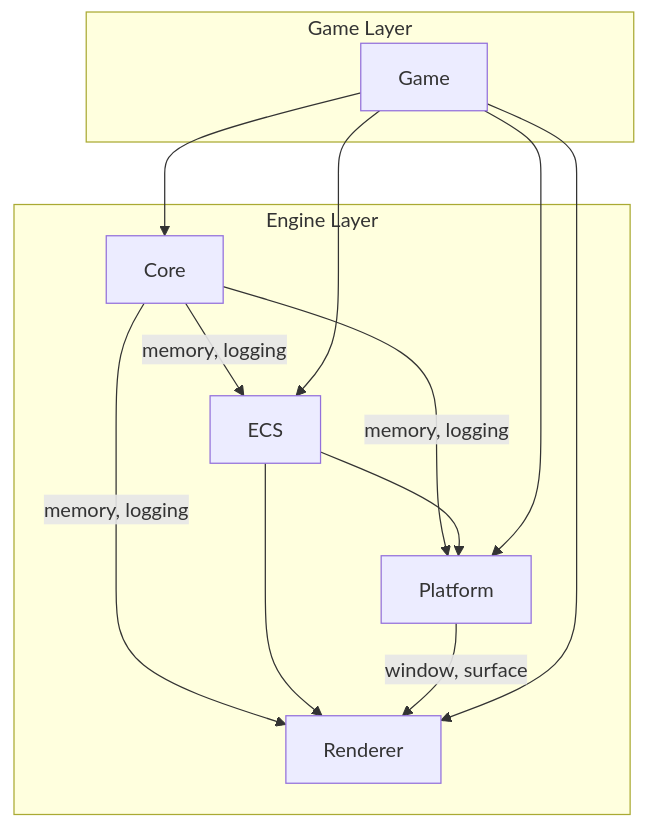
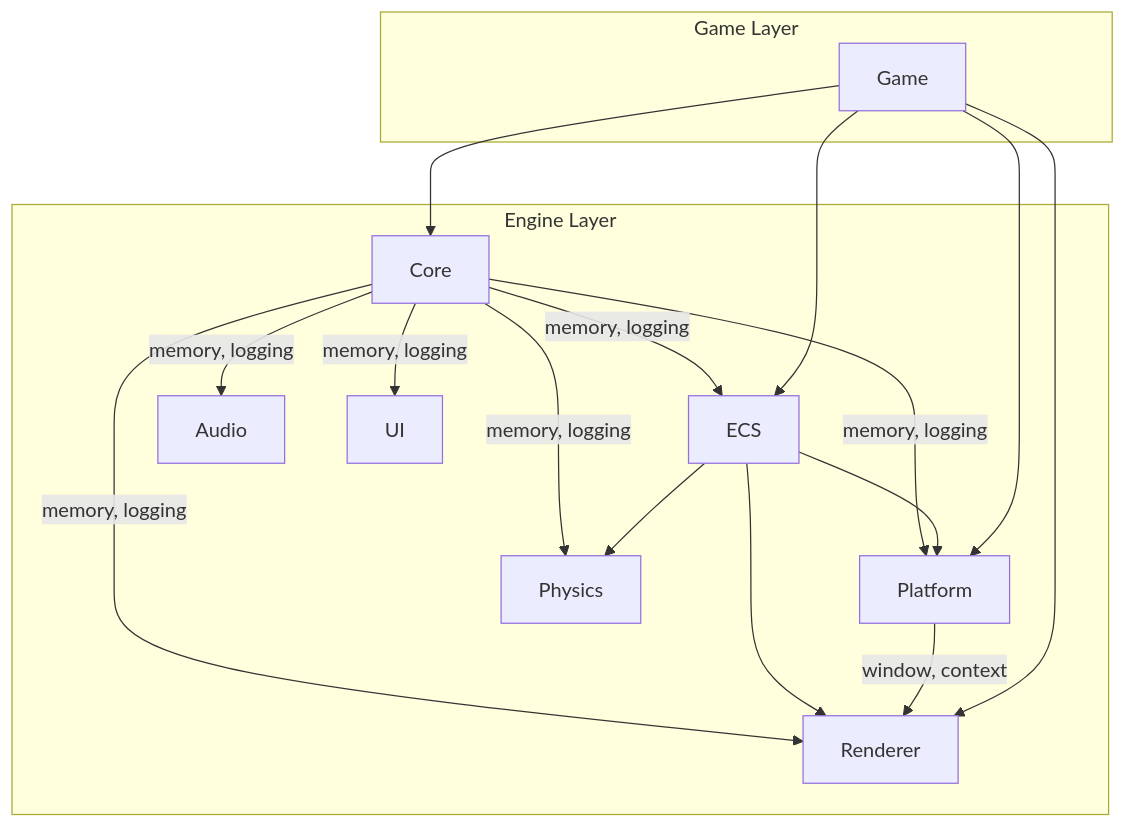
One commit to jackthepunished/horizon-engine changed the diagram in docs/manual/architecture.md. Above: the diagram before and after it, drawn with Mermaid. The commit also changed other lines of this file and 2 other files, not shown here.

````diff
--- a/docs/manual/architecture.md
+++ b/docs/manual/architecture.md
@@ -9,22 +9,26 @@
 ```mermaid
 graph TD
     subgraph "Game Layer"
         G[Game]
     end
 
     subgraph "Engine Layer"
         C[Core] --> |memory, logging| ECS
         C --> |memory, logging| P[Platform]
         C --> |memory, logging| R[Renderer]
+        C --> |memory, logging| PH[Physics]
+        C --> |memory, logging| A[Audio]
+        C --> |memory, logging| U[UI]
 
         ECS[ECS] --> P
         ECS --> R
+        ECS --> PH
 
-        P --> |window, surface| R
+        P --> |window, context| R
     end
 
     G --> ECS
     G --> P
     G --> R
     G --> C
 ```
````
